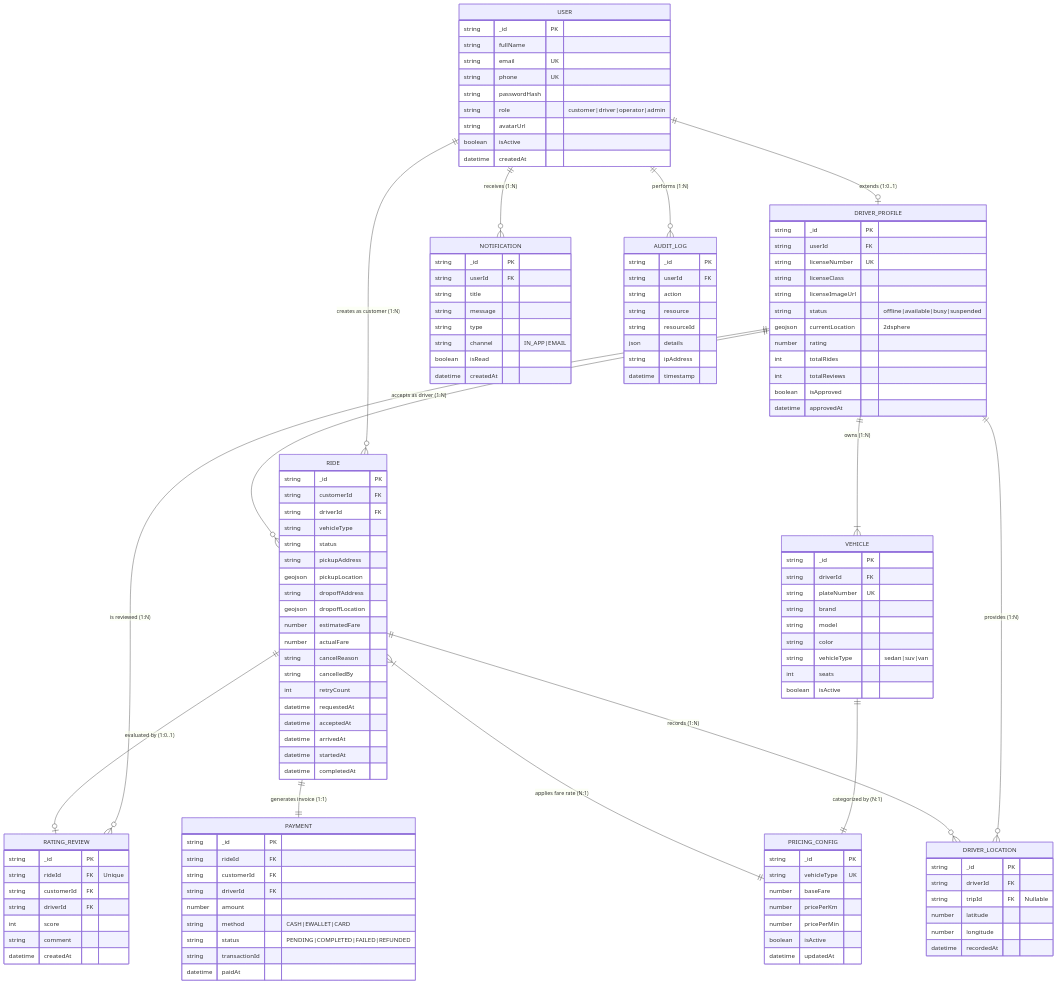
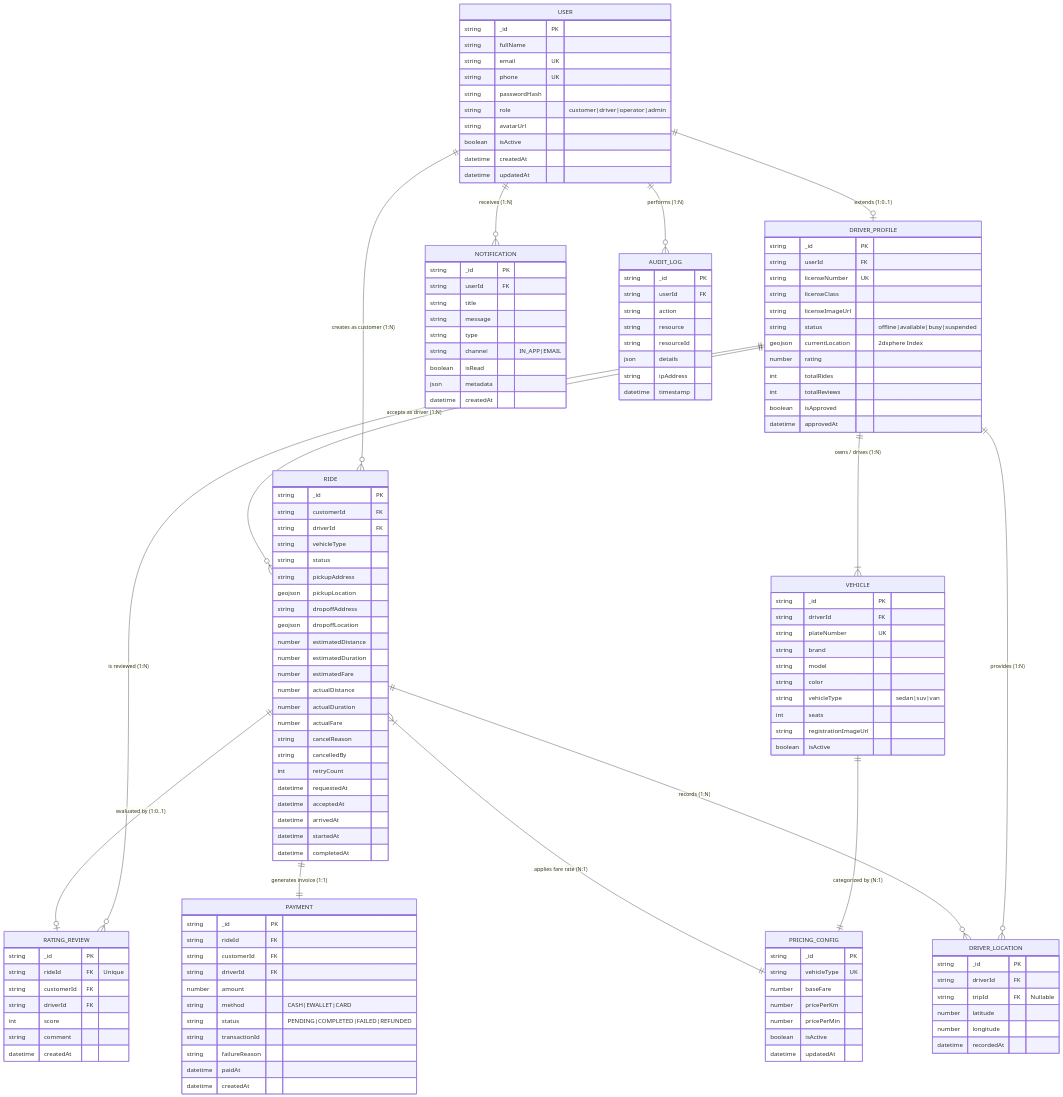
Diagram 14 of 16 in srs.md (toru12030-netizen/23732061_MaiQuocHung_CabSystem), drawn with Mermaid before and after one commit. The commit also changed other lines of this file and 1 other file, not shown here.

```diff
--- a/srs.md
+++ b/srs.md
@@ -732,11 +1241,14 @@
     USER ||--o{ RIDE : "creates as customer (1:N)"
     USER ||--o{ NOTIFICATION : "receives (1:N)"
     USER ||--o{ AUDIT_LOG : "performs (1:N)"
-    DRIVER_PROFILE ||--|{ VEHICLE : "owns (1:N)"
+    
+    DRIVER_PROFILE ||--|{ VEHICLE : "owns / drives (1:N)"
     DRIVER_PROFILE ||--o{ RIDE : "accepts as driver (1:N)"
     DRIVER_PROFILE ||--o{ RATING_REVIEW : "is reviewed (1:N)"
     DRIVER_PROFILE ||--o{ DRIVER_LOCATION : "provides (1:N)"
+    
     VEHICLE ||--|| PRICING_CONFIG : "categorized by (N:1)"
+    
     RIDE ||--|| PAYMENT : "generates invoice (1:1)"
     RIDE ||--o| RATING_REVIEW : "evaluated by (1:0..1)"
     RIDE ||--o{ DRIVER_LOCATION : "records (1:N)"
@@ -752,7 +1264,9 @@
         string avatarUrl
         boolean isActive
         datetime createdAt
+        datetime updatedAt
     }
+
     DRIVER_PROFILE {
         string _id PK
         string userId FK
@@ -760,13 +1274,14 @@
         string licenseClass
         string licenseImageUrl
         string status "offline|available|busy|suspended"
-        geojson currentLocation "2dsphere"
+        geojson currentLocation "2dsphere Index"
         number rating
         int totalRides
         int totalReviews
         boolean isApproved
         datetime approvedAt
     }
+
     VEHICLE {
         string _id PK
         string driverId FK
@@ -776,8 +1291,10 @@
         string color
         string vehicleType "sedan|suv|van"
         int seats
+        string registrationImageUrl
         boolean isActive
     }
+
     PRICING_CONFIG {
         string _id PK
         string vehicleType UK
@@ -787,6 +1304,7 @@
         boolean isActive
         datetime updatedAt
     }
+
     RIDE {
         string _id PK
         string customerId FK
@@ -797,7 +1315,11 @@
         geojson pickupLocation
         string dropoffAddress
         geojson dropoffLocation
+        number estimatedDistance
+        number estimatedDuration
         number estimatedFare
+        number actualDistance
+        number actualDuration
         number actualFare
         string cancelReason
         string cancelledBy
@@ -808,6 +1330,7 @@
         datetime startedAt
         datetime completedAt
     }
+
     PAYMENT {
         string _id PK
         string rideId FK
@@ -817,8 +1340,11 @@
         string method "CASH|EWALLET|CARD"
         string status "PENDING|COMPLETED|FAILED|REFUNDED"
         string transactionId
+        string failureReason
         datetime paidAt
+        datetime createdAt
     }
+
     RATING_REVIEW {
         string _id PK
         string rideId FK "Unique"
@@ -828,6 +1354,7 @@
         string comment
         datetime createdAt
     }
+
     NOTIFICATION {
         string _id PK
         string userId FK
@@ -836,8 +1363,10 @@
         string type
         string channel "IN_APP|EMAIL"
         boolean isRead
+        json metadata
         datetime createdAt
     }
+
     DRIVER_LOCATION {
         string _id PK
         string driverId FK
@@ -846,6 +1375,7 @@
         number longitude
         datetime recordedAt
     }
+
     AUDIT_LOG {
         string _id PK
         string userId FK
```
